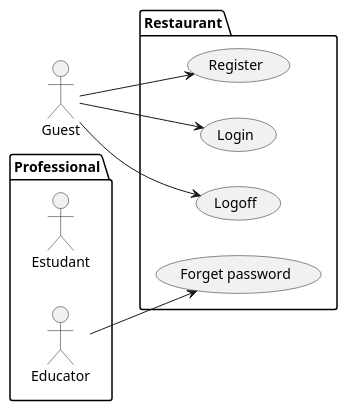
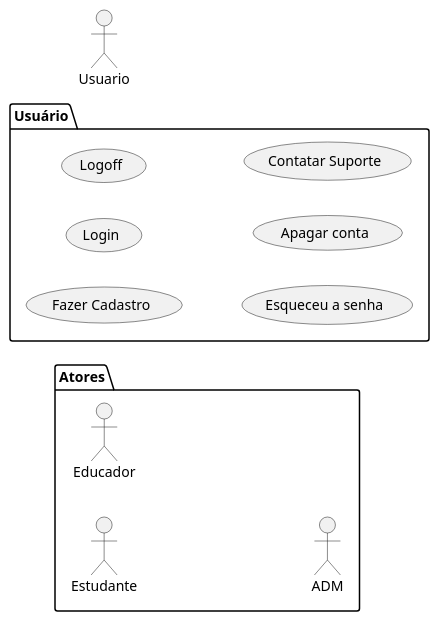
The diagram in doc/requirements.md (HookCycle/BITcc), drawn with PlantUML before and after one commit. The commit also changed other lines of this file, not shown here.

Commit message:
Main | Plant UML

````diff
--- a/doc/requirements.md
+++ b/doc/requirements.md
@@ -24,20 +39,17 @@
 ```plantuml
 @startuml
 left to right direction
-actor Guest as g
-package Professional {
-  actor Estudant as c
-  actor "Educator" as fc
+actor Usuario as u
+package Atores {
+  actor Estudante as e
+  actor "Educador" as or
+  actor "ADM" as Ad
 }
-package Restaurant {
-  usecase "Register" as RF01
+package Usuário {
+  usecase "Fazer Cadastro" as RF01
   usecase "Login" as RF02
   usecase "Logoff" as RF03
-  usecase "Forget password" as RF04
-}
-fc --> RF04
-g --> RF01
-g --> RF02
-g --> RF03
-@enduml
+  usecase "Esqueceu a senha" as RF04
+  usecase "Apagar conta" as RF05
+  usecase "Contatar Suporte" as RF06
 ```
````
